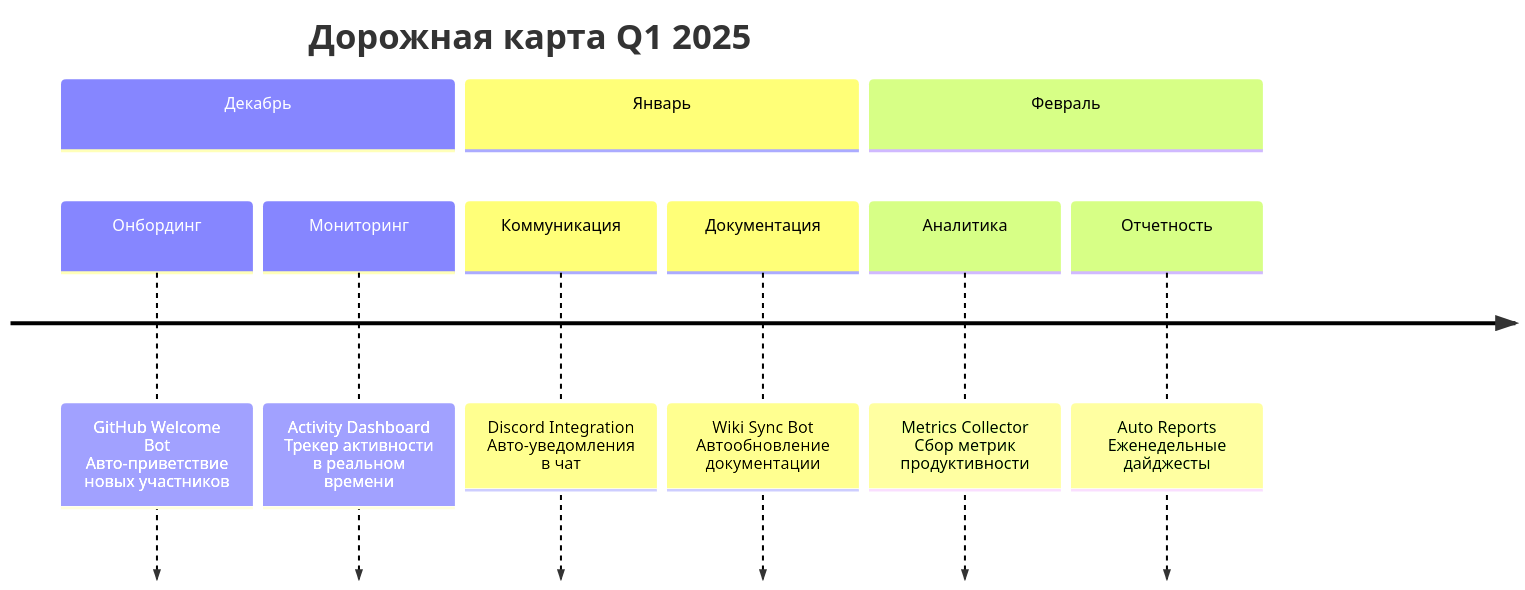
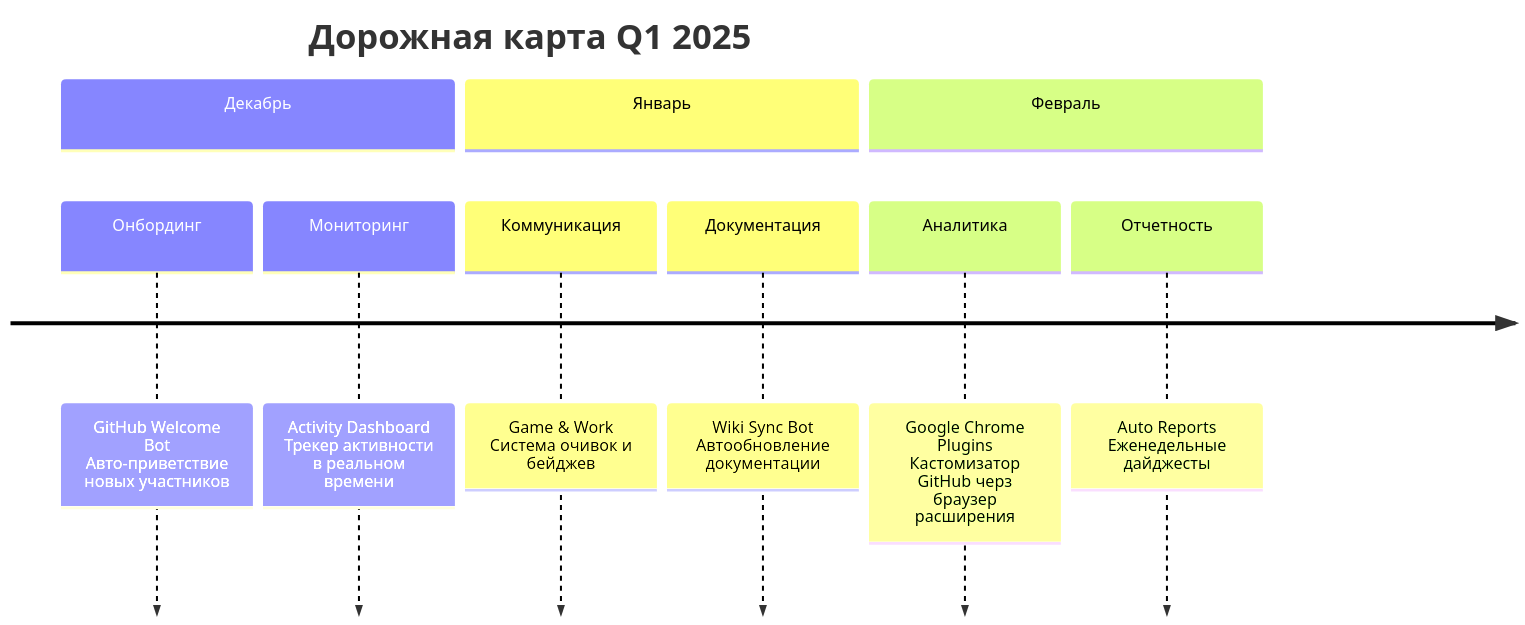
One commit to TopCollegeTCF/WikiOrganizatom changed the diagram in README.md. Above: the diagram before and after it, drawn with Mermaid.

````diff
--- a/README.md
+++ b/README.md
@@ -138,13 +138,13 @@
 ```mermaid
 timeline
     title Дорожная карта Q1 2025
     section Декабрь
         Онбординг : GitHub Welcome Bot<br>Авто-приветствие новых участников
         Мониторинг : Activity Dashboard<br>Трекер активности в реальном времени
     section Январь
-        Коммуникация : Discord Integration<br>Авто-уведомления в чат
+        Коммуникация : Game & Work <br> Система очивок и бейджев
         Документация : Wiki Sync Bot<br>Автообновление документации
     section Февраль
-        Аналитика : Metrics Collector<br>Сбор метрик продуктивности
+        Аналитика : Google Chrome Plugins <br>Кастомизатор GitHub черз браузер расширения
         Отчетность : Auto Reports<br>Еженедельные дайджесты
 ```
````
